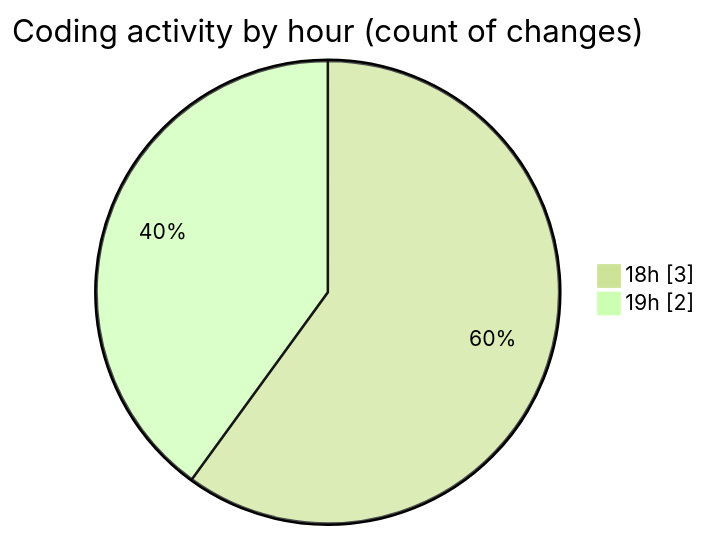
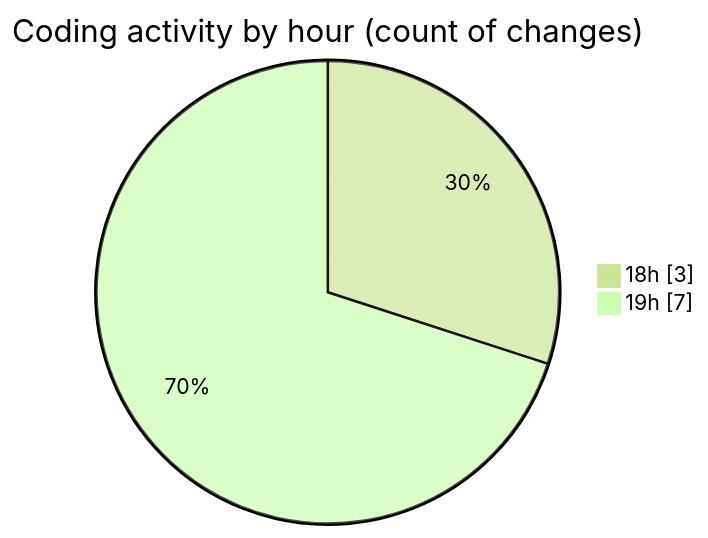
The second of 2 diagrams in 2025-10-31/javacript/README.md (nxtqubesakshisongat/code-tracking), drawn with Mermaid (forest theme) before and after one commit. The commit also changed other lines of this file and 1 other file, not shown here.

````diff
--- a/2025-10-31/javacript/README.md
+++ b/2025-10-31/javacript/README.md
@@ -28,6 +28,6 @@
 ```mermaid
 pie showData
 title Coding activity by hour (count of changes)
 "18h" : 3
-"19h" : 2
+"19h" : 7
 ```
````
